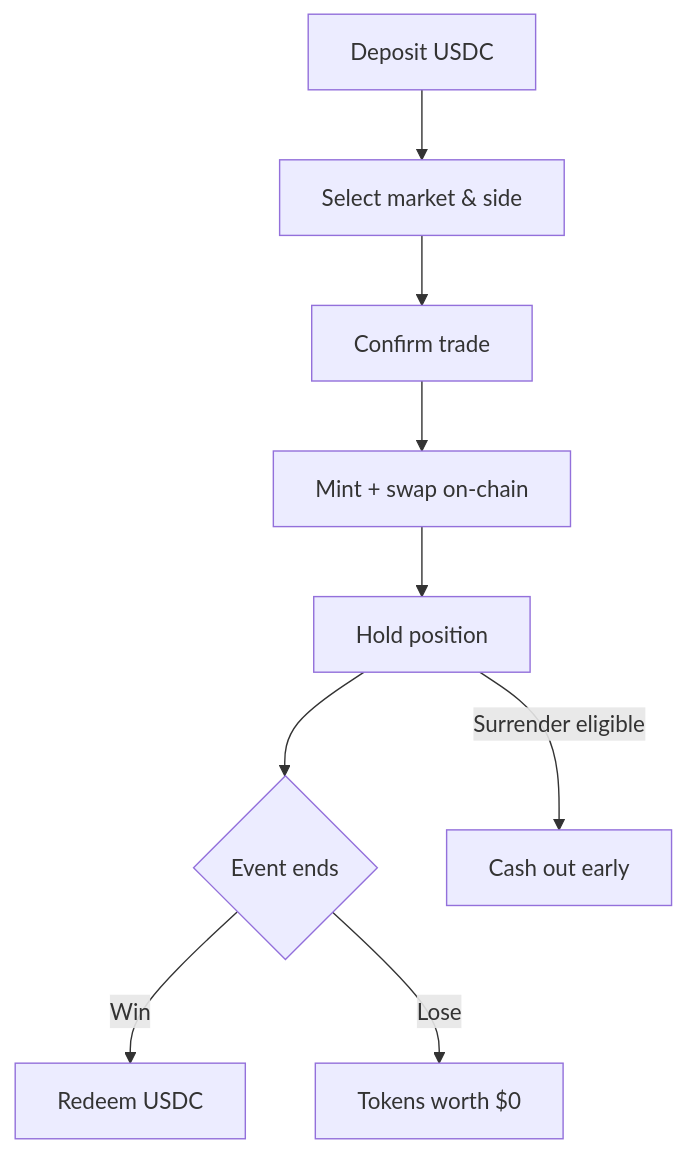
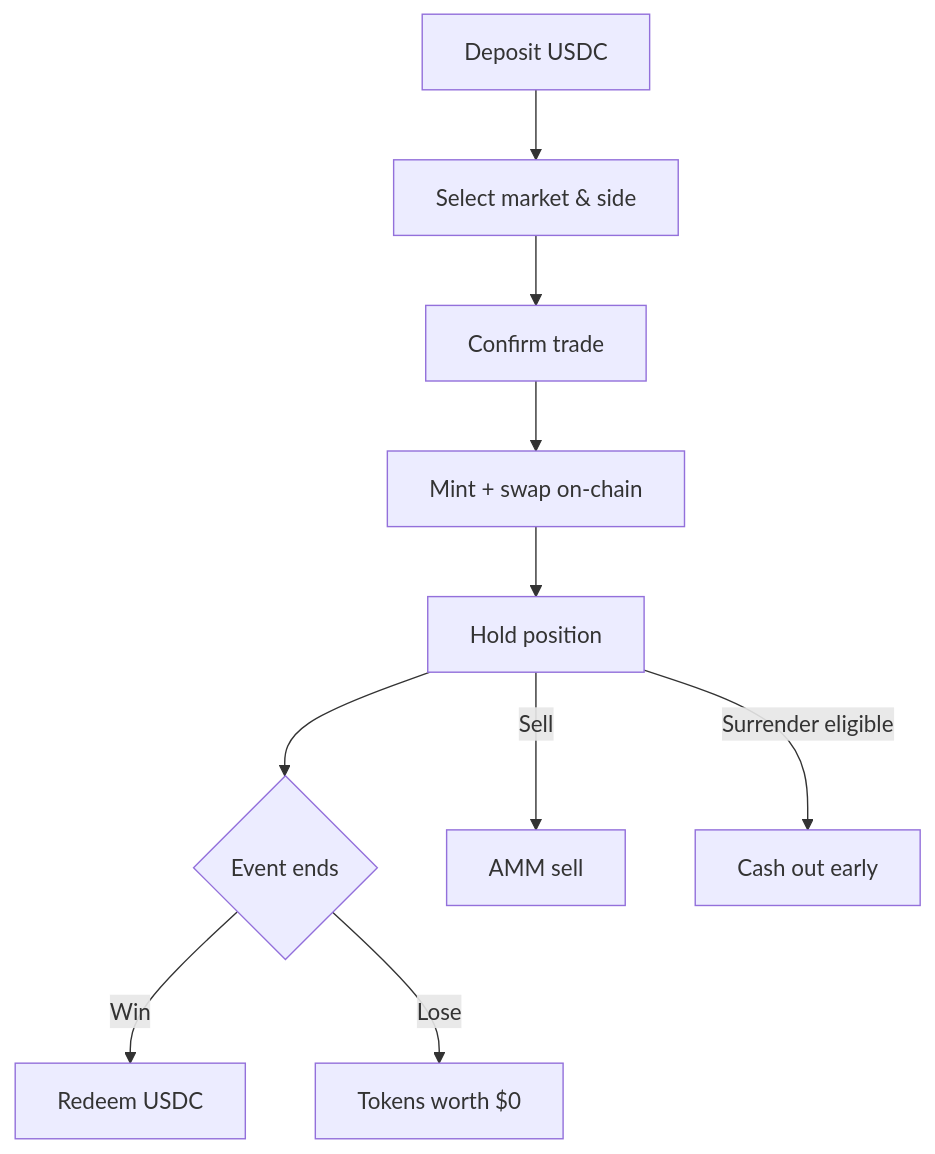
One commit to ezpz-predict/docs changed the diagram in trading/overview.mdx. Above: the diagram before and after it, drawn with Mermaid. The commit also changed other lines of this file and 33 other files, not shown here.

First line of the commit message:
Expand docs to match Polymarket-style structure and player flows.

````diff
--- a/trading/overview.mdx
+++ b/trading/overview.mdx
@@ -32,11 +44,12 @@
 ```mermaid
 flowchart TD
   A[Deposit USDC] --> B[Select market & side]
   B --> C[Confirm trade]
   C --> D[Mint + swap on-chain]
   D --> E[Hold position]
   E --> F{Event ends}
   F -->|Win| G[Redeem USDC]
   F -->|Lose| H[Tokens worth $0]
-  E -->|Surrender eligible| I[Cash out early]
+  E -->|Sell| I[AMM sell]
+  E -->|Surrender eligible| J[Cash out early]
 ```
````
